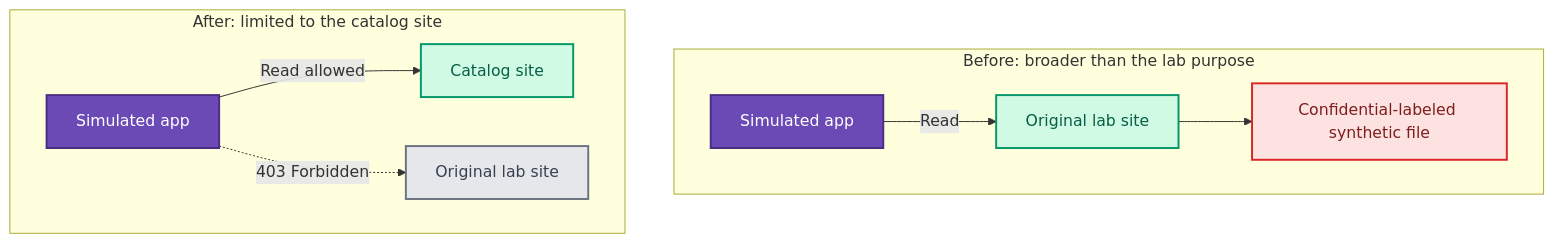
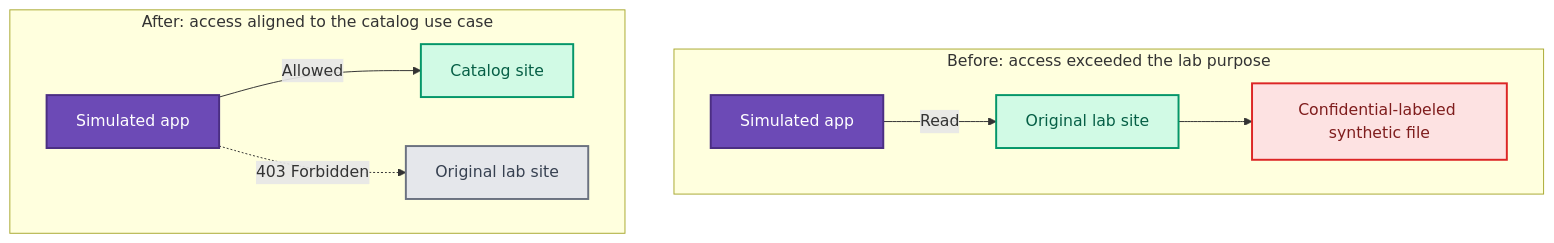
Before and after one commit to mahimakulkarnii/third-party-access-risk-lab: the second of 2 diagrams in README.md, drawn with Mermaid. The commit also changed other lines of this file, not shown here.

````diff
--- a/README.md
+++ b/README.md
@@ -62,20 +58,20 @@
 ```mermaid
 flowchart TB
-    subgraph Before[Before: broader than the lab purpose]
+    subgraph Before[Before: access exceeded the lab purpose]
         A[Simulated app] -->|Read| B[Original lab site]
         B --> C[Confidential-labeled synthetic file]
     end
-    subgraph After[After: limited to the catalog site]
-        D[Simulated app] -->|Read allowed| E[Catalog site]
+    subgraph After[After: access aligned to the catalog use case]
+        D[Simulated app] -->|Allowed| E[Catalog site]
         D -.->|403 Forbidden| F[Original lab site]
     end
 
     classDef app fill:#6C4AB6,color:#fff,stroke:#4B2E83,stroke-width:2px;
     classDef allowed fill:#D1FAE5,color:#065F46,stroke:#059669,stroke-width:2px;
     classDef sensitive fill:#FDE2E2,color:#7F1D1D,stroke:#DC2626,stroke-width:2px;
     classDef blocked fill:#E5E7EB,color:#374151,stroke:#6B7280,stroke-width:2px;
     class A,D app;
     class B,E allowed;
     class C sensitive;
     class F blocked;
 ```
````
